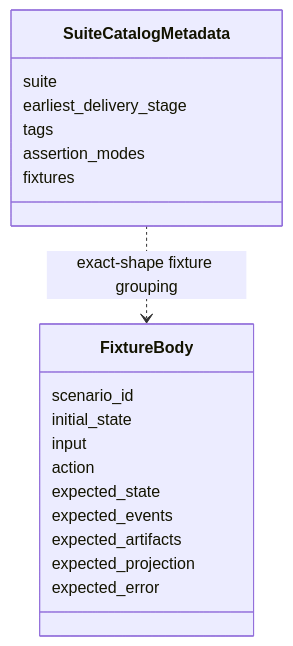
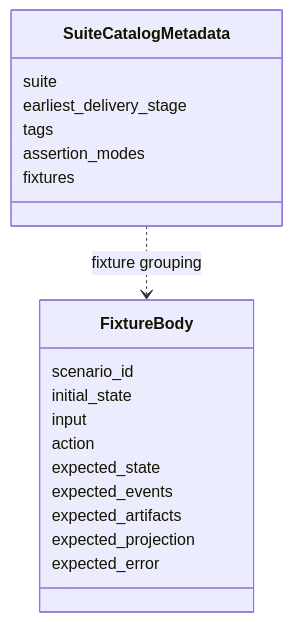
One commit to minjungw00/Harness_Project changed the first of 2 diagrams in docs/ko/reference/conformance-fixtures.md. Above: the diagram before and after it, drawn with Mermaid. The commit also changed other lines of this file and 20 other files, not shown here.

Commit message:
docs: refresh diagrams for staged authority model

````diff
--- a/docs/ko/reference/conformance-fixtures.md
+++ b/docs/ko/reference/conformance-fixtures.md
@@ -110,22 +110,22 @@
 ```mermaid
 classDiagram
   class FixtureBody {
     scenario_id
     initial_state
     input
     action
     expected_state
     expected_events
     expected_artifacts
     expected_projection
     expected_error
   }
   class SuiteCatalogMetadata {
     suite
     earliest_delivery_stage
     tags
     assertion_modes
     fixtures
   }
-  SuiteCatalogMetadata ..> FixtureBody : exact-shape fixture grouping
+  SuiteCatalogMetadata ..> FixtureBody : fixture grouping
 ```
````
